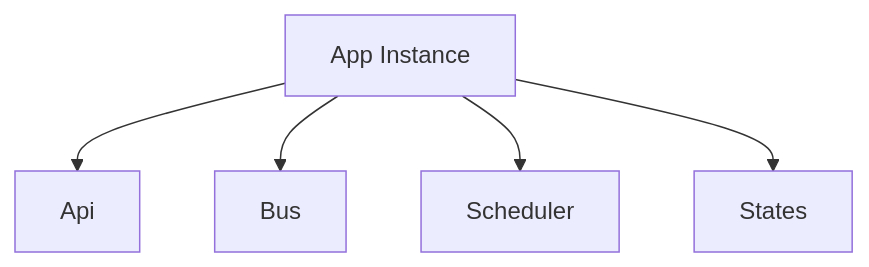
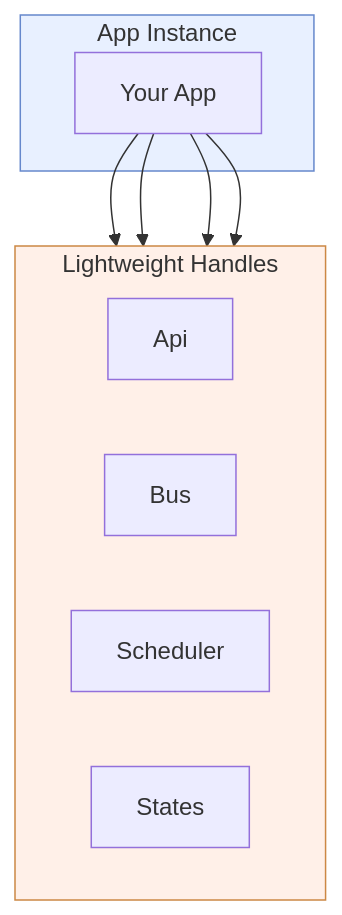
One commit to NodeJSmith/hassette changed the third of 4 diagrams in docs/pages/core-concepts/index.md. Above: the diagram before and after it, drawn with Mermaid. The commit also changed other lines of this file and 6 other files, not shown here.

First line of the commit message:
docs: unify diagram color scheme across all docs pages

````diff
--- a/docs/pages/core-concepts/index.md
+++ b/docs/pages/core-concepts/index.md
@@ -71,8 +108,19 @@
 ```mermaid
-graph TB
-    APP[App Instance]
-    APP --> API[Api]
-    APP --> BUS[Bus]
-    APP --> SCHED[Scheduler]
-    APP --> STATES[States]
+flowchart TD
+    subgraph app["App Instance"]
+        APP["Your App"]
+    end
+
+    subgraph handles["Lightweight Handles"]
+        direction LR
+        API[Api]
+        BUS[Bus]
+        SCHED[Scheduler]
+        STATES[States]
+    end
+
+    APP --> API & BUS & SCHED & STATES
+
+    style app fill:#e8f0ff,stroke:#6688cc
+    style handles fill:#fff0e8,stroke:#cc8844
 ```
````
